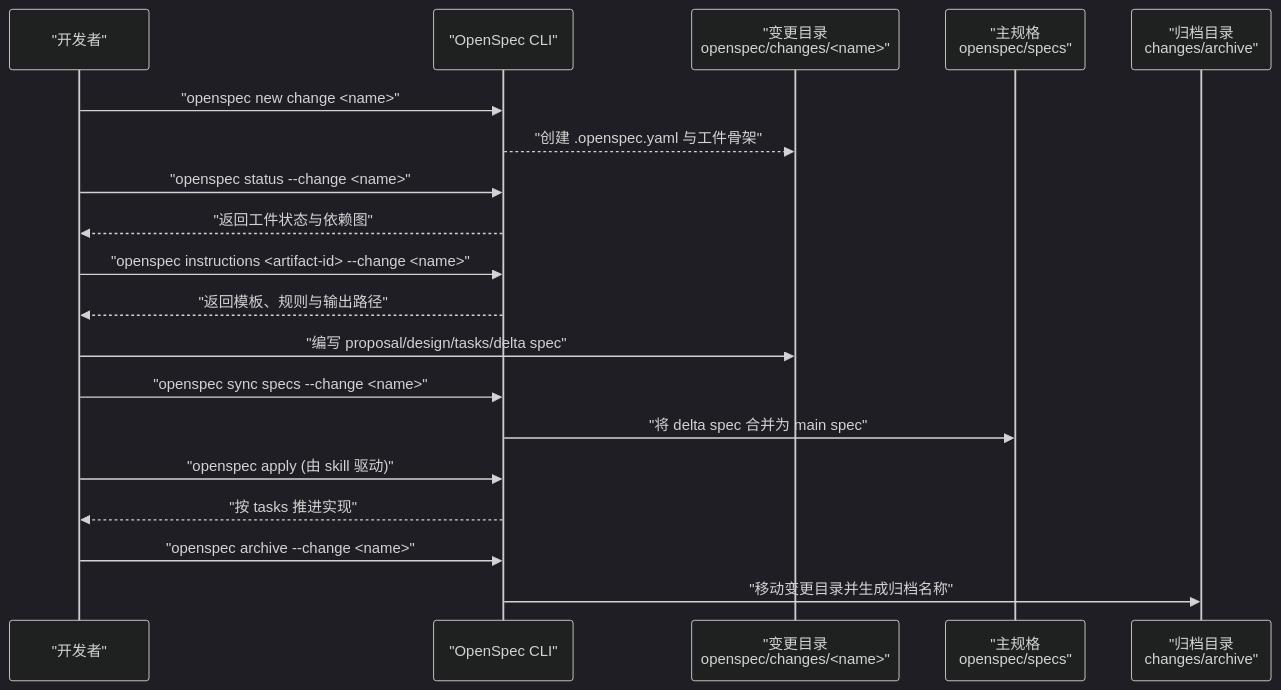
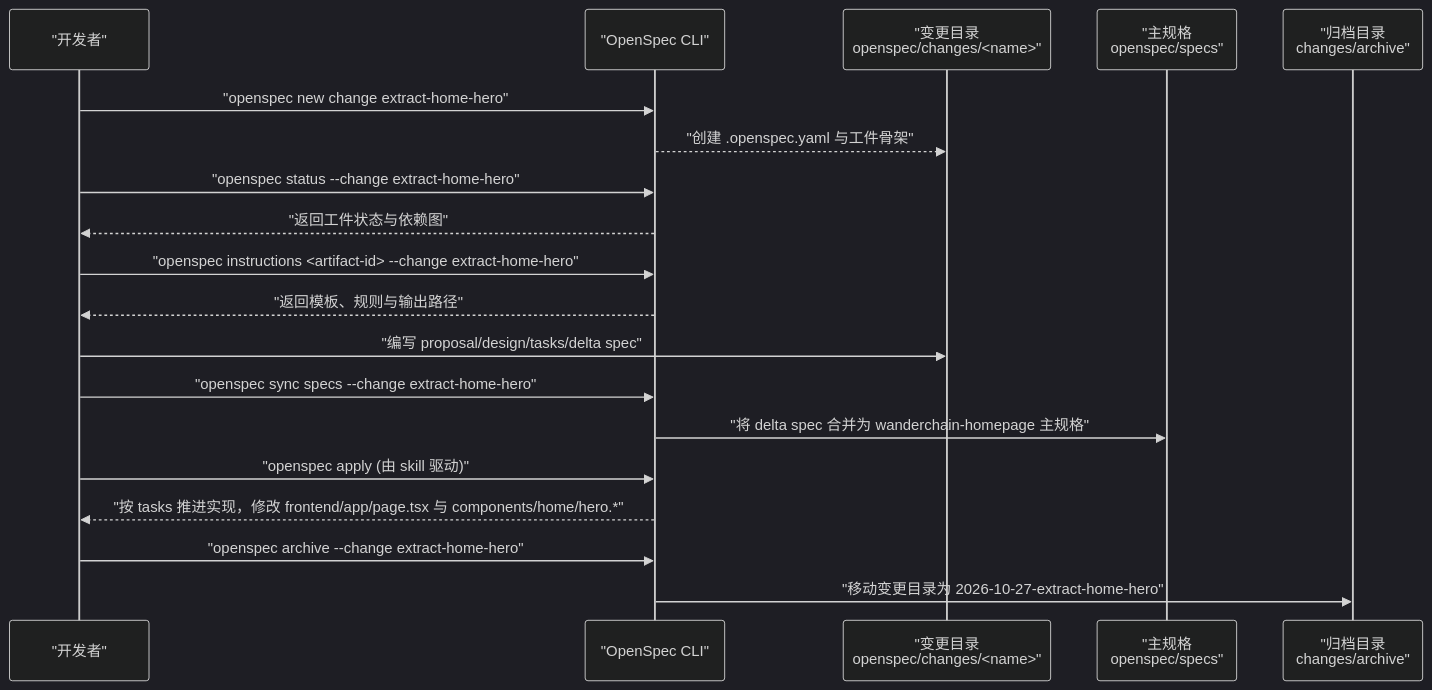
Before and after one commit to luyitiger6/my-first-project: the second of 9 diagrams in .qoder/repowiki/zh/content/规格驱动开发/OpenSpec 工具使用.md, drawn with Mermaid (dark theme). The commit also changed other lines of this file and 11 other files, not shown here.

````diff
--- a/.qoder/repowiki/zh/content/规格驱动开发/OpenSpec 工具使用.md
+++ b/.qoder/repowiki/zh/content/规格驱动开发/OpenSpec 工具使用.md
@@ -77,21 +94,21 @@
 ```mermaid
 sequenceDiagram
 participant Dev as "开发者"
 participant CLI as "OpenSpec CLI"
 participant Change as "变更目录<br/>openspec/changes/<name>"
 participant Specs as "主规格<br/>openspec/specs"
 participant Archive as "归档目录<br/>changes/archive"
-Dev->>CLI : "openspec new change <name>"
+Dev->>CLI : "openspec new change extract-home-hero"
 CLI-->>Change : "创建 .openspec.yaml 与工件骨架"
-Dev->>CLI : "openspec status --change <name>"
+Dev->>CLI : "openspec status --change extract-home-hero"
 CLI-->>Dev : "返回工件状态与依赖图"
-Dev->>CLI : "openspec instructions <artifact-id> --change <name>"
+Dev->>CLI : "openspec instructions <artifact-id> --change extract-home-hero"
 CLI-->>Dev : "返回模板、规则与输出路径"
 Dev->>Change : "编写 proposal/design/tasks/delta spec"
-Dev->>CLI : "openspec sync specs --change <name>"
-CLI->>Specs : "将 delta spec 合并为 main spec"
+Dev->>CLI : "openspec sync specs --change extract-home-hero"
+CLI->>Specs : "将 delta spec 合并为 wanderchain-homepage 主规格"
 Dev->>CLI : "openspec apply (由 skill 驱动)"
-CLI-->>Dev : "按 tasks 推进实现"
-Dev->>CLI : "openspec archive --change <name>"
-CLI->>Archive : "移动变更目录并生成归档名称"
+CLI-->>Dev : "按 tasks 推进实现，修改 frontend/app/page.tsx 与 components/home/hero.*"
+Dev->>CLI : "openspec archive --change extract-home-hero"
+CLI->>Archive : "移动变更目录为 2026-10-27-extract-home-hero"
 ```
````
